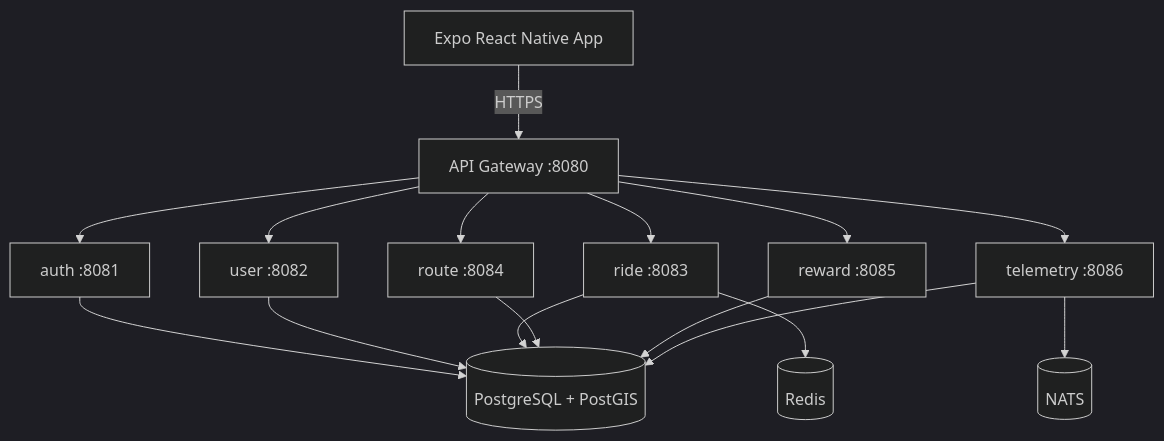
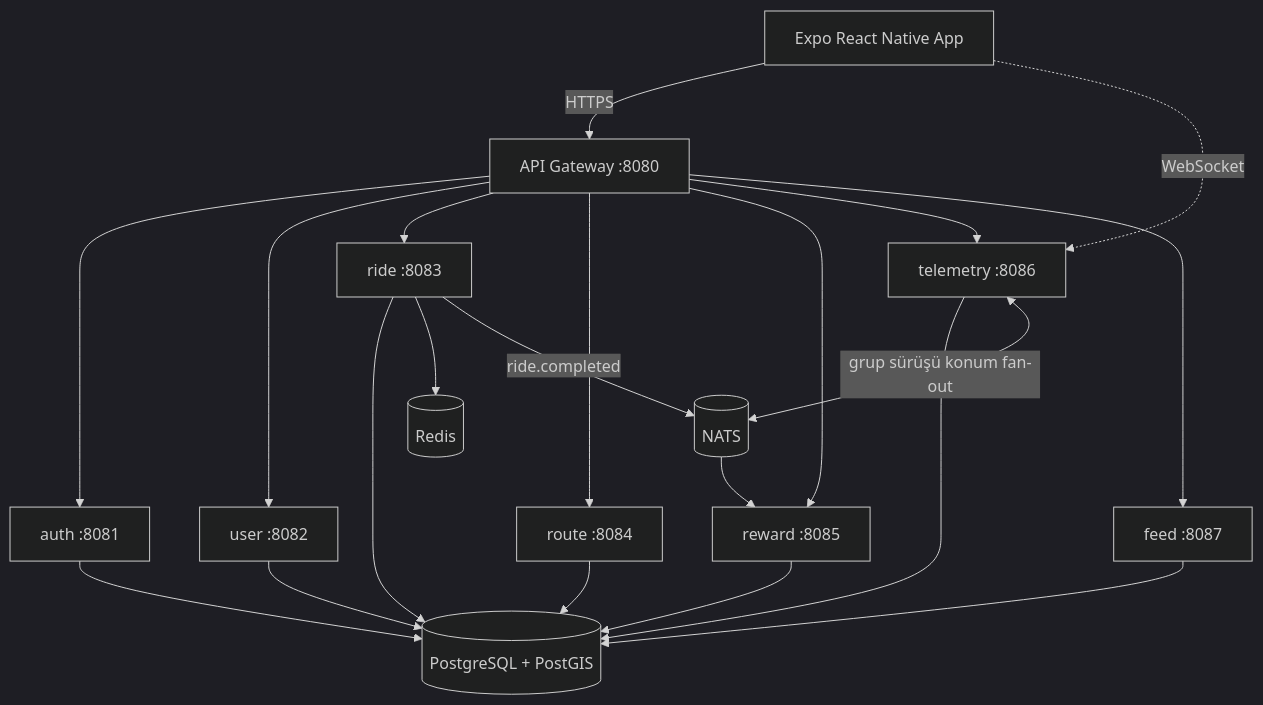
One commit to umuteskitoglu/morider-app changed the diagram in README.md. Above: the diagram before and after it, drawn with Mermaid (dark theme). The commit also changed other lines of this file, not shown here.

First line of the commit message:
docs: update README for follows, photo feed, live group rides

````diff
--- a/README.md
+++ b/README.md
@@ -16,18 +26,23 @@
 ```mermaid
 flowchart TB
     MobileApp[Expo React Native App] -->|HTTPS| Gateway[API Gateway :8080]
+    MobileApp -. WebSocket .-> Telemetry
     Gateway --> Auth[auth :8081]
     Gateway --> User[user :8082]
     Gateway --> Ride[ride :8083]
     Gateway --> Route[route :8084]
     Gateway --> Reward[reward :8085]
     Gateway --> Telemetry[telemetry :8086]
+    Gateway --> Feed[feed :8087]
     Auth --> PG[(PostgreSQL + PostGIS)]
     User --> PG
     Ride --> PG
     Route --> PG
     Reward --> PG
     Telemetry --> PG
+    Feed --> PG
     Ride --> Redis[(Redis)]
-    Telemetry --> NATS[(NATS)]
+    Ride -->|ride.completed| NATS[(NATS)]
+    NATS --> Reward
+    Telemetry <-->|grup sürüşü konum fan-out| NATS
 ```
````
